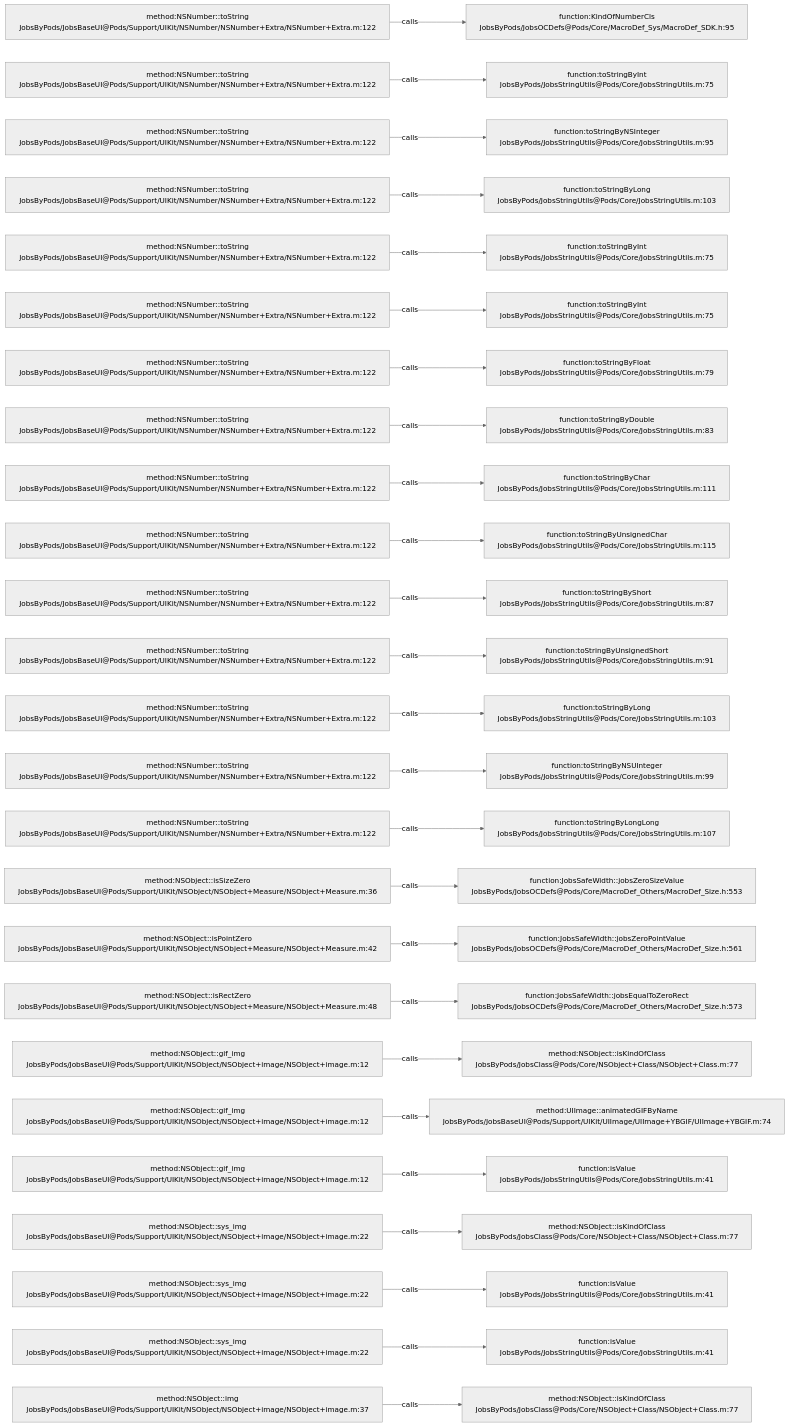
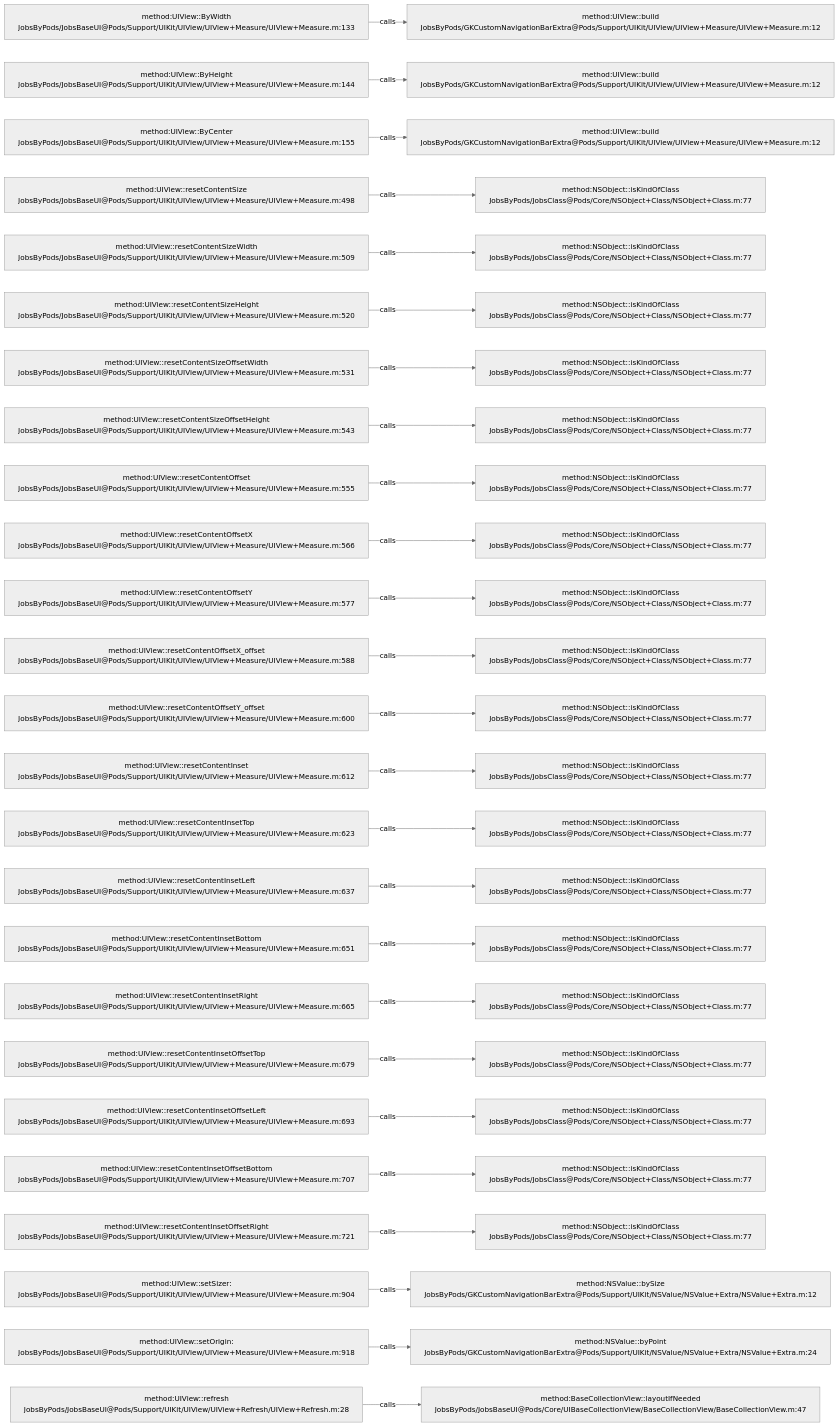
Before and after one commit to JobsKits/JobsOCBaseConfigDemo: the diagram in .codegraph/codegraph.md/graphs/calls-049.md, drawn with Mermaid (neutral theme). The commit also changed 1026 other files, not shown here.

````diff
--- a/.codegraph/codegraph.md/graphs/calls-049.md
+++ b/.codegraph/codegraph.md/graphs/calls-049.md
@@ -13,78 +13,78 @@
 ```mermaid
 flowchart LR
-  S1["method:NSNumber::toString<br/>JobsByPods/JobsBaseUI@Pods/Support/UIKit/NSNumber/NSNumber+Extra/NSNumber+Extra.m:122"]
-  T1["function:KindOfNumberCls<br/>JobsByPods/JobsOCDefs@Pods/Core/MacroDef_Sys/MacroDef_SDK.h:95"]
+  S1["method:UIView::ByWidth<br/>JobsByPods/JobsBaseUI@Pods/Support/UIKit/UIView/UIView+Measure/UIView+Measure.m:133"]
+  T1["method:UIView::build<br/>JobsByPods/GKCustomNavigationBarExtra@Pods/Support/UIKit/UIView/UIView+Measure/UIView+Measure.m:12"]
   S1 -->|calls| T1
-  S2["method:NSNumber::toString<br/>JobsByPods/JobsBaseUI@Pods/Support/UIKit/NSNumber/NSNumber+Extra/NSNumber+Extra.m:122"]
-  T2["function:toStringByInt<br/>JobsByPods/JobsStringUtils@Pods/Core/JobsStringUtils.m:75"]
+  S2["method:UIView::ByHeight<br/>JobsByPods/JobsBaseUI@Pods/Support/UIKit/UIView/UIView+Measure/UIView+Measure.m:144"]
+  T2["method:UIView::build<br/>JobsByPods/GKCustomNavigationBarExtra@Pods/Support/UIKit/UIView/UIView+Measure/UIView+Measure.m:12"]
   S2 -->|calls| T2
-  S3["method:NSNumber::toString<br/>JobsByPods/JobsBaseUI@Pods/Support/UIKit/NSNumber/NSNumber+Extra/NSNumber+Extra.m:122"]
-  T3["function:toStringByNSInteger<br/>JobsByPods/JobsStringUtils@Pods/Core/JobsStringUtils.m:95"]
+  S3["method:UIView::ByCenter<br/>JobsByPods/JobsBaseUI@Pods/Support/UIKit/UIView/UIView+Measure/UIView+Measure.m:155"]
+  T3["method:UIView::build<br/>JobsByPods/GKCustomNavigationBarExtra@Pods/Support/UIKit/UIView/UIView+Measure/UIView+Measure.m:12"]
   S3 -->|calls| T3
-  S4["method:NSNumber::toString<br/>JobsByPods/JobsBaseUI@Pods/Support/UIKit/NSNumber/NSNumber+Extra/NSNumber+Extra.m:122"]
-  T4["function:toStringByLong<br/>JobsByPods/JobsStringUtils@Pods/Core/JobsStringUtils.m:103"]
+  S4["method:UIView::resetContentSize<br/>JobsByPods/JobsBaseUI@Pods/Support/UIKit/UIView/UIView+Measure/UIView+Measure.m:498"]
+  T4["method:NSObject::isKindOfClass<br/>JobsByPods/JobsClass@Pods/Core/NSObject+Class/NSObject+Class.m:77"]
   S4 -->|calls| T4
-  S5["method:NSNumber::toString<br/>JobsByPods/JobsBaseUI@Pods/Support/UIKit/NSNumber/NSNumber+Extra/NSNumber+Extra.m:122"]
-  T5["function:toStringByInt<br/>JobsByPods/JobsStringUtils@Pods/Core/JobsStringUtils.m:75"]
+  S5["method:UIView::resetContentSizeWidth<br/>JobsByPods/JobsBaseUI@Pods/Support/UIKit/UIView/UIView+Measure/UIView+Measure.m:509"]
+  T5["method:NSObject::isKindOfClass<br/>JobsByPods/JobsClass@Pods/Core/NSObject+Class/NSObject+Class.m:77"]
   S5 -->|calls| T5
-  S6["method:NSNumber::toString<br/>JobsByPods/JobsBaseUI@Pods/Support/UIKit/NSNumber/NSNumber+Extra/NSNumber+Extra.m:122"]
-  T6["function:toStringByInt<br/>JobsByPods/JobsStringUtils@Pods/Core/JobsStringUtils.m:75"]
+  S6["method:UIView::resetContentSizeHeight<br/>JobsByPods/JobsBaseUI@Pods/Support/UIKit/UIView/UIView+Measure/UIView+Measure.m:520"]
+  T6["method:NSObject::isKindOfClass<br/>JobsByPods/JobsClass@Pods/Core/NSObject+Class/NSObject+Class.m:77"]
   S6 -->|calls| T6
-  S7["method:NSNumber::toString<br/>JobsByPods/JobsBaseUI@Pods/Support/UIKit/NSNumber/NSNumber+Extra/NSNumber+Extra.m:122"]
-  T7["function:toStringByFloat<br/>JobsByPods/JobsStringUtils@Pods/Core/JobsStringUtils.m:79"]
+  S7["method:UIView::resetContentSizeOffsetWidth<br/>JobsByPods/JobsBaseUI@Pods/Support/UIKit/UIView/UIView+Measure/UIView+Measure.m:531"]
+  T7["method:NSObject::isKindOfClass<br/>JobsByPods/JobsClass@Pods/Core/NSObject+Class/NSObject+Class.m:77"]
   S7 -->|calls| T7
-  S8["method:NSNumber::toString<br/>JobsByPods/JobsBaseUI@Pods/Support/UIKit/NSNumber/NSNumber+Extra/NSNumber+Extra.m:122"]
-  T8["function:toStringByDouble<br/>JobsByPods/JobsStringUtils@Pods/Core/JobsStringUtils.m:83"]
+  S8["method:UIView::resetContentSizeOffsetHeight<br/>JobsByPods/JobsBaseUI@Pods/Support/UIKit/UIView/UIView+Measure/UIView+Measure.m:543"]
+  T8["method:NSObject::isKindOfClass<br/>JobsByPods/JobsClass@Pods/Core/NSObject+Class/NSObject+Class.m:77"]
   S8 -->|calls| T8
-  S9["method:NSNumber::toString<br/>JobsByPods/JobsBaseUI@Pods/Support/UIKit/NSNumber/NSNumber+Extra/NSNumber+Extra.m:122"]
-  T9["function:toStringByChar<br/>JobsByPods/JobsStringUtils@Pods/Core/JobsStringUtils.m:111"]
+  S9["method:UIView::resetContentOffset<br/>JobsByPods/JobsBaseUI@Pods/Support/UIKit/UIView/UIView+Measure/UIView+Measure.m:555"]
+  T9["method:NSObject::isKindOfClass<br/>JobsByPods/JobsClass@Pods/Core/NSObject+Class/NSObject+Class.m:77"]
   S9 -->|calls| T9
-  S10["method:NSNumber::toString<br/>JobsByPods/JobsBaseUI@Pods/Support/UIKit/NSNumber/NSNumber+Extra/NSNumber+Extra.m:122"]
-  T10["function:toStringByUnsignedChar<br/>JobsByPods/JobsStringUtils@Pods/Core/JobsStringUtils.m:115"]
+  S10["method:UIView::resetContentOffsetX<br/>JobsByPods/JobsBaseUI@Pods/Support/UIKit/UIView/UIView+Measure/UIView+Measure.m:566"]
+  T10["method:NSObject::isKindOfClass<br/>JobsByPods/JobsClass@Pods/Core/NSObject+Class/NSObject+Class.m:77"]
   S10 -->|calls| T10
-  S11["method:NSNumber::toString<br/>JobsByPods/JobsBaseUI@Pods/Support/UIKit/NSNumber/NSNumber+Extra/NSNumber+Extra.m:122"]
-  T11["function:toStringByShort<br/>JobsByPods/JobsStringUtils@Pods/Core/JobsStringUtils.m:87"]
+  S11["method:UIView::resetContentOffsetY<br/>JobsByPods/JobsBaseUI@Pods/Support/UIKit/UIView/UIView+Measure/UIView+Measure.m:577"]
+  T11["method:NSObject::isKindOfClass<br/>JobsByPods/JobsClass@Pods/Core/NSObject+Class/NSObject+Class.m:77"]
   S11 -->|calls| T11
-  S12["method:NSNumber::toString<br/>JobsByPods/JobsBaseUI@Pods/Support/UIKit/NSNumber/NSNumber+Extra/NSNumber+Extra.m:122"]
-  T12["function:toStringByUnsignedShort<br/>JobsByPods/JobsStringUtils@Pods/Core/JobsStringUtils.m:91"]
+  S12["method:UIView::resetContentOffsetX_offset<br/>JobsByPods/JobsBaseUI@Pods/Support/UIKit/UIView/UIView+Measure/UIView+Measure.m:588"]
+  T12["method:NSObject::isKindOfClass<br/>JobsByPods/JobsClass@Pods/Core/NSObject+Class/NSObject+Class.m:77"]
   S12 -->|calls| T12
-  S13["method:NSNumber::toString<br/>JobsByPods/JobsBaseUI@Pods/Support/UIKit/NSNumber/NSNumber+Extra/NSNumber+Extra.m:122"]
-  T13["function:toStringByLong<br/>JobsByPods/JobsStringUtils@Pods/Core/JobsStringUtils.m:103"]
+  S13["method:UIView::resetContentOffsetY_offset<br/>JobsByPods/JobsBaseUI@Pods/Support/UIKit/UIView/UIView+Measure/UIView+Measure.m:600"]
+  T13["method:NSObject::isKindOfClass<br/>JobsByPods/JobsClass@Pods/Core/NSObject+Class/NSObject+Class.m:77"]
   S13 -->|calls| T13
-  S14["method:NSNumber::toString<br/>JobsByPods/JobsBaseUI@Pods/Support/UIKit/NSNumber/NSNumber+Extra/NSNumber+Extra.m:122"]
-  T14["function:toStringByNSUInteger<br/>JobsByPods/JobsStringUtils@Pods/Core/JobsStringUtils.m:99"]
+  S14["method:UIView::resetContentInset<br/>JobsByPods/JobsBaseUI@Pods/Support/UIKit/UIView/UIView+Measure/UIView+Measure.m:612"]
+  T14["method:NSObject::isKindOfClass<br/>JobsByPods/JobsClass@Pods/Core/NSObject+Class/NSObject+Class.m:77"]
   S14 -->|calls| T14
-  S15["method:NSNumber::toString<br/>JobsByPods/JobsBaseUI@Pods/Support/UIKit/NSNumber/NSNumber+Extra/NSNumber+Extra.m:122"]
-  T15["function:toStringByLongLong<br/>JobsByPods/JobsStringUtils@Pods/Core/JobsStringUtils.m:107"]
+  S15["method:UIView::resetContentInsetTop<br/>JobsByPods/JobsBaseUI@Pods/Support/UIKit/UIView/UIView+Measure/UIView+Measure.m:623"]
+  T15["method:NSObject::isKindOfClass<br/>JobsByPods/JobsClass@Pods/Core/NSObject+Class/NSObject+Class.m:77"]
   S15 -->|calls| T15
-  S16["method:NSObject::isSizeZero<br/>JobsByPods/JobsBaseUI@Pods/Support/UIKit/NSObject/NSObject+Measure/NSObject+Measure.m:36"]
-  T16["function:JobsSafeWidth::jobsZeroSizeValue<br/>JobsByPods/JobsOCDefs@Pods/Core/MacroDef_Others/MacroDef_Size.h:553"]
+  S16["method:UIView::resetContentInsetLeft<br/>JobsByPods/JobsBaseUI@Pods/Support/UIKit/UIView/UIView+Measure/UIView+Measure.m:637"]
+  T16["method:NSObject::isKindOfClass<br/>JobsByPods/JobsClass@Pods/Core/NSObject+Class/NSObject+Class.m:77"]
   S16 -->|calls| T16
-  S17["method:NSObject::isPointZero<br/>JobsByPods/JobsBaseUI@Pods/Support/UIKit/NSObject/NSObject+Measure/NSObject+Measure.m:42"]
-  T17["function:JobsSafeWidth::jobsZeroPointValue<br/>JobsByPods/JobsOCDefs@Pods/Core/MacroDef_Others/MacroDef_Size.h:561"]
+  S17["method:UIView::resetContentInsetBottom<br/>JobsByPods/JobsBaseUI@Pods/Support/UIKit/UIView/UIView+Measure/UIView+Measure.m:651"]
+  T17["method:NSObject::isKindOfClass<br/>JobsByPods/JobsClass@Pods/Core/NSObject+Class/NSObject+Class.m:77"]
   S17 -->|calls| T17
-  S18["method:NSObject::isRectZero<br/>JobsByPods/JobsBaseUI@Pods/Support/UIKit/NSObject/NSObject+Measure/NSObject+Measure.m:48"]
-  T18["function:JobsSafeWidth::jobsEqualToZeroRect<br/>JobsByPods/JobsOCDefs@Pods/Core/MacroDef_Others/MacroDef_Size.h:573"]
+  S18["method:UIView::resetContentInsetRight<br/>JobsByPods/JobsBaseUI@Pods/Support/UIKit/UIView/UIView+Measure/UIView+Measure.m:665"]
+  T18["method:NSObject::isKindOfClass<br/>JobsByPods/JobsClass@Pods/Core/NSObject+Class/NSObject+Class.m:77"]
   S18 -->|calls| T18
-  S19["method:NSObject::gif_img<br/>JobsByPods/JobsBaseUI@Pods/Support/UIKit/NSObject/NSObject+image/NSObject+image.m:12"]
+  S19["method:UIView::resetContentInsetOffsetTop<br/>JobsByPods/JobsBaseUI@Pods/Support/UIKit/UIView/UIView+Measure/UIView+Measure.m:679"]
   T19["method:NSObject::isKindOfClass<br/>JobsByPods/JobsClass@Pods/Core/NSObject+Class/NSObject+Class.m:77"]
   S19 -->|calls| T19
-  S20["method:NSObject::gif_img<br/>JobsByPods/JobsBaseUI@Pods/Support/UIKit/NSObject/NSObject+image/NSObject+image.m:12"]
-  T20["method:UIImage::animatedGIFByName<br/>JobsByPods/JobsBaseUI@Pods/Support/UIKit/UIImage/UIImage+YBGIF/UIImage+YBGIF.m:74"]
+  S20["method:UIView::resetContentInsetOffsetLeft<br/>JobsByPods/JobsBaseUI@Pods/Support/UIKit/UIView/UIView+Measure/UIView+Measure.m:693"]
+  T20["method:NSObject::isKindOfClass<br/>JobsByPods/JobsClass@Pods/Core/NSObject+Class/NSObject+Class.m:77"]
   S20 -->|calls| T20
-  S21["method:NSObject::gif_img<br/>JobsByPods/JobsBaseUI@Pods/Support/UIKit/NSObject/NSObject+image/NSObject+image.m:12"]
-  T21["function:isValue<br/>JobsByPods/JobsStringUtils@Pods/Core/JobsStringUtils.m:41"]
+  S21["method:UIView::resetContentInsetOffsetBottom<br/>JobsByPods/JobsBaseUI@Pods/Support/UIKit/UIView/UIView+Measure/UIView+Measure.m:707"]
+  T21["method:NSObject::isKindOfClass<br/>JobsByPods/JobsClass@Pods/Core/NSObject+Class/NSObject+Class.m:77"]
   S21 -->|calls| T21
-  S22["method:NSObject::sys_img<br/>JobsByPods/JobsBaseUI@Pods/Support/UIKit/NSObject/NSObject+image/NSObject+image.m:22"]
+  S22["method:UIView::resetContentInsetOffsetRight<br/>JobsByPods/JobsBaseUI@Pods/Support/UIKit/UIView/UIView+Measure/UIView+Measure.m:721"]
   T22["method:NSObject::isKindOfClass<br/>JobsByPods/JobsClass@Pods/Core/NSObject+Class/NSObject+Class.m:77"]
   S22 -->|calls| T22
-  S23["method:NSObject::sys_img<br/>JobsByPods/JobsBaseUI@Pods/Support/UIKit/NSObject/NSObject+image/NSObject+image.m:22"]
-  T23["function:isValue<br/>JobsByPods/JobsStringUtils@Pods/Core/JobsStringUtils.m:41"]
+  S23["method:UIView::setSizer:<br/>JobsByPods/JobsBaseUI@Pods/Support/UIKit/UIView/UIView+Measure/UIView+Measure.m:904"]
+  T23["method:NSValue::bySize<br/>JobsByPods/GKCustomNavigationBarExtra@Pods/Support/UIKit/NSValue/NSValue+Extra/NSValue+Extra.m:12"]
   S23 -->|calls| T23
-  S24["method:NSObject::sys_img<br/>JobsByPods/JobsBaseUI@Pods/Support/UIKit/NSObject/NSObject+image/NSObject+image.m:22"]
-  T24["function:isValue<br/>JobsByPods/JobsStringUtils@Pods/Core/JobsStringUtils.m:41"]
+  S24["method:UIView::setOrigin:<br/>JobsByPods/JobsBaseUI@Pods/Support/UIKit/UIView/UIView+Measure/UIView+Measure.m:918"]
+  T24["method:NSValue::byPoint<br/>JobsByPods/GKCustomNavigationBarExtra@Pods/Support/UIKit/NSValue/NSValue+Extra/NSValue+Extra.m:24"]
   S24 -->|calls| T24
-  S25["method:NSObject::img<br/>JobsByPods/JobsBaseUI@Pods/Support/UIKit/NSObject/NSObject+image/NSObject+image.m:37"]
-  T25["method:NSObject::isKindOfClass<br/>JobsByPods/JobsClass@Pods/Core/NSObject+Class/NSObject+Class.m:77"]
+  S25["method:UIView::refresh<br/>JobsByPods/JobsBaseUI@Pods/Support/UIKit/UIView/UIView+Refresh/UIView+Refresh.m:28"]
+  T25["method:BaseCollectionView::layoutIfNeeded<br/>JobsByPods/JobsBaseUI@Pods/Core/UIBaseCollectionView/BaseCollectionView/BaseCollectionView.m:47"]
   S25 -->|calls| T25
 ```
````
